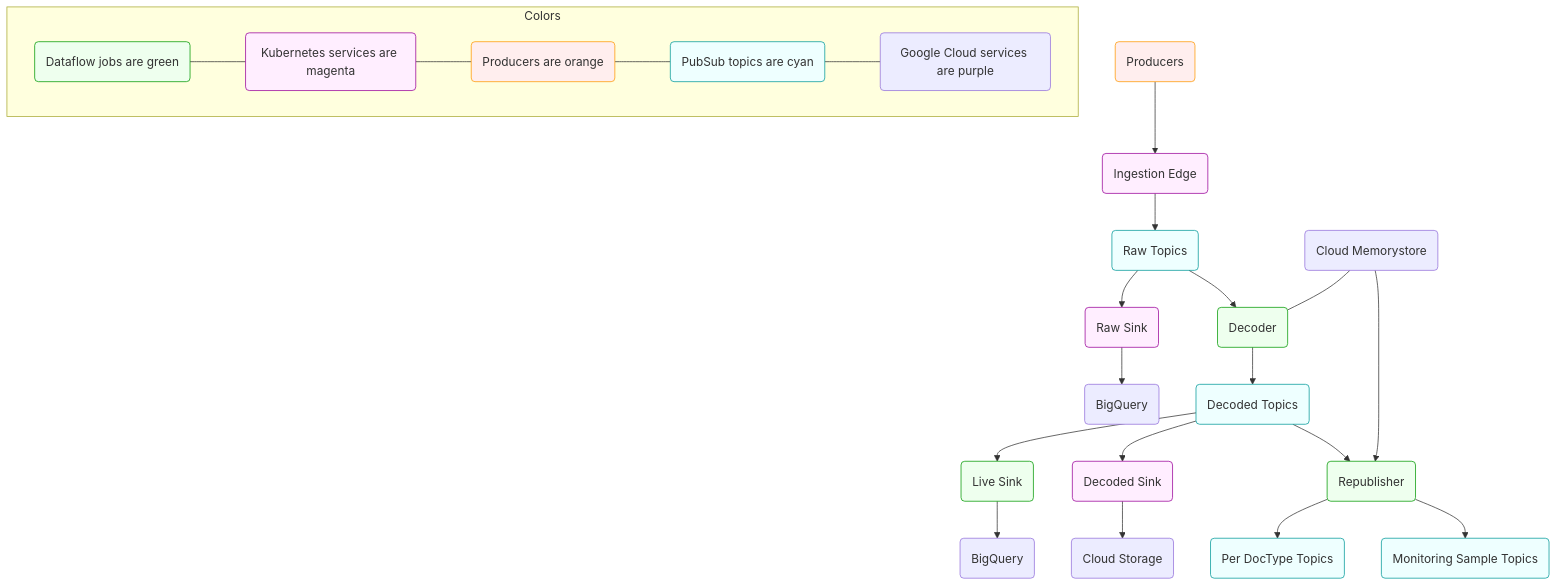
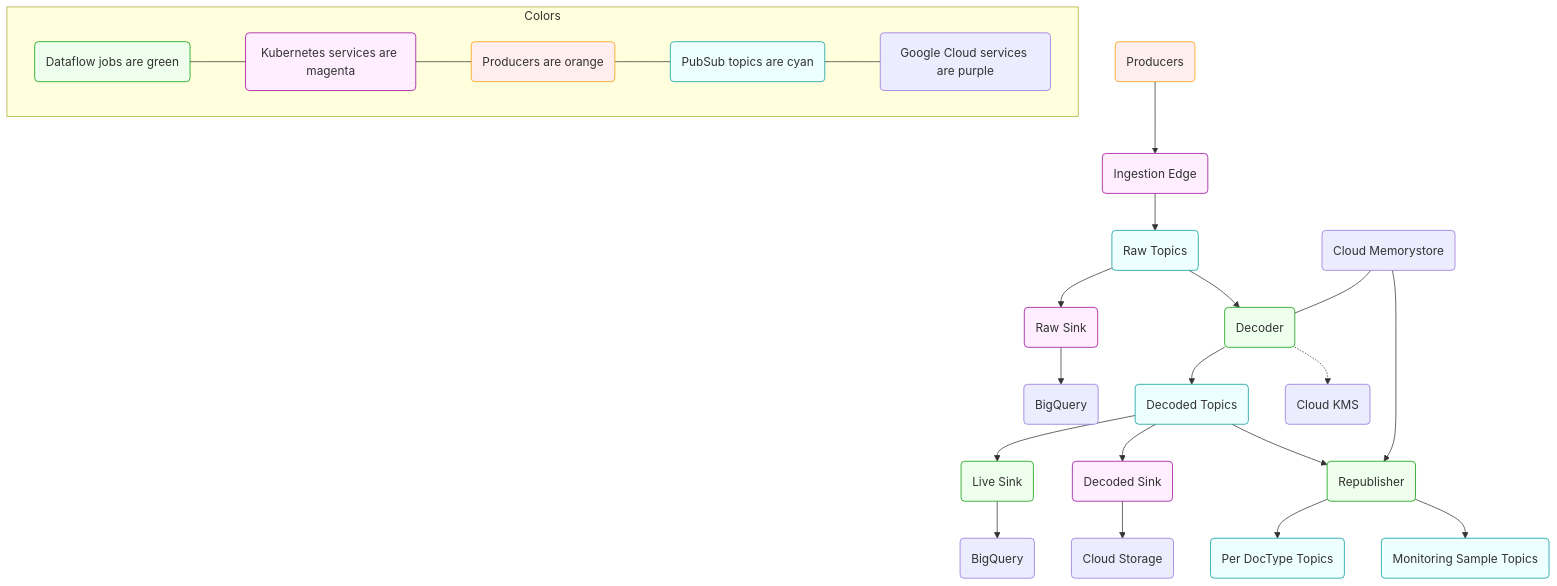
Before and after one commit to mozilla/gcp-ingestion: the diagram in docs/architecture/diagram.mmd, drawn with Mermaid. The commit also changed 4 other files, not shown here.

```diff
--- a/docs/architecture/diagram.mmd
+++ b/docs/architecture/diagram.mmd
@@ -1,47 +1,48 @@
 %% To install the mmdc command run:
 %%   npm install -g mermaid.cli
 %% To update this file run:
 %%   mmdc -i diagram.mmd -o diagram.svg
 %% Or use the docker wrapper in this repo (from the top-level directory):
 %%   ./bin/update-diagrams
 
 graph TD
 
 f1(Producers) --> k1(Ingestion Edge)
 k1 --> p1(Raw Topics)
 p1 --> k2(Raw Sink)
 k2 --> c1(BigQuery)
 p1 --> d2(Decoder)
 m1(Cloud Memorystore) --- d2
 d2 --> p2(Decoded Topics)
 p2 --> d3(Live Sink)
 d3 --> b1(BigQuery)
 p2 --> k3(Decoded Sink)
 k3 --> c2(Cloud Storage)
 p2 --> d5(Republisher)
 m1 --> d5
 d5 --> p5(Per DocType Topics)
 d5 --> p6(Monitoring Sample Topics)
+d2 -.-> m2(Cloud KMS)
 
 subgraph Colors
     d(Dataflow jobs are green)
     k(Kubernetes services are magenta)
     f(Producers are orange)
     p(PubSub topics are cyan)
     g(Google Cloud services are purple)
 
     %% connect them to make the key vertical
     d --- k
     k --- f
     f --- p
     p --- g
 end
 
 classDef cyan fill:#eff,stroke:#099;
 classDef green fill:#efe,stroke:#090;
 classDef magenta fill:#fef,stroke:#909;
 classDef orange fill:#fee,stroke:#f90;
 class p,p0,p1,p2,p3,p4,p5,p6 cyan
 class d,d0,d2,d3,d5 green
 class k,k0,k1,k2,k3 magenta
 class f,f1 orange
```
